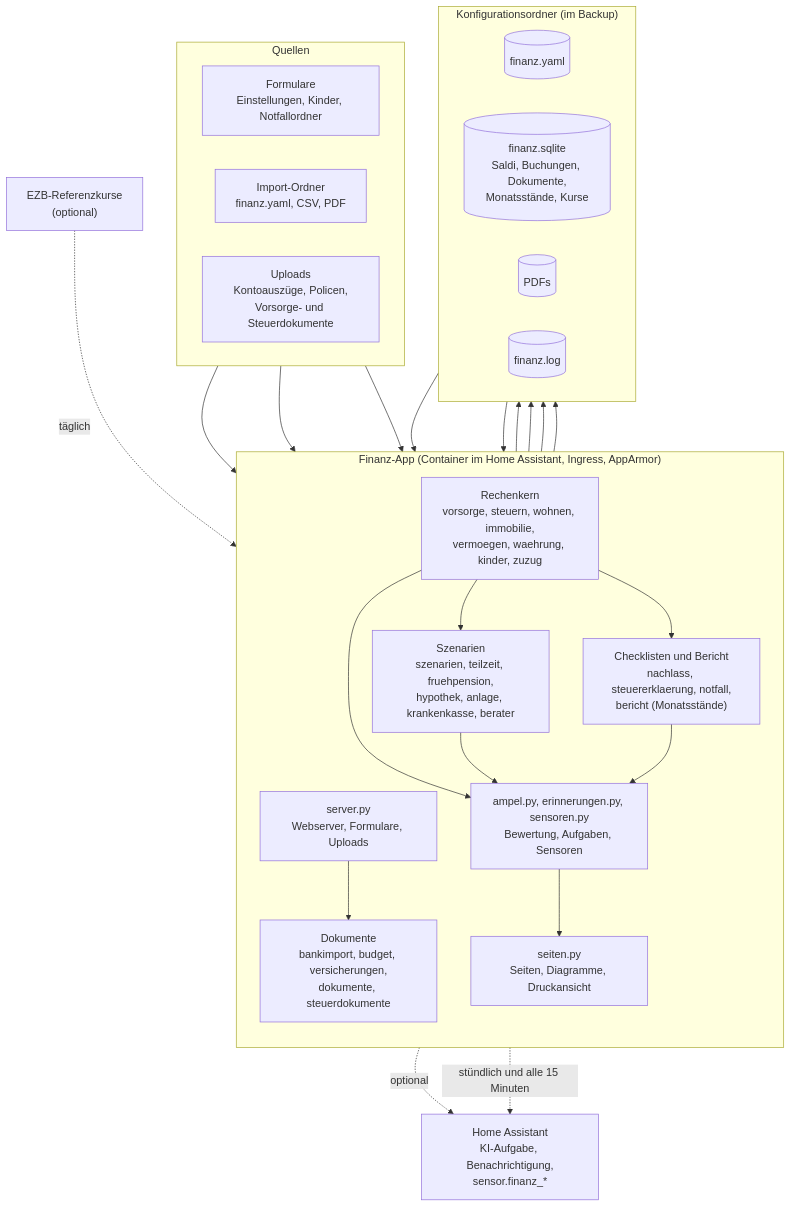
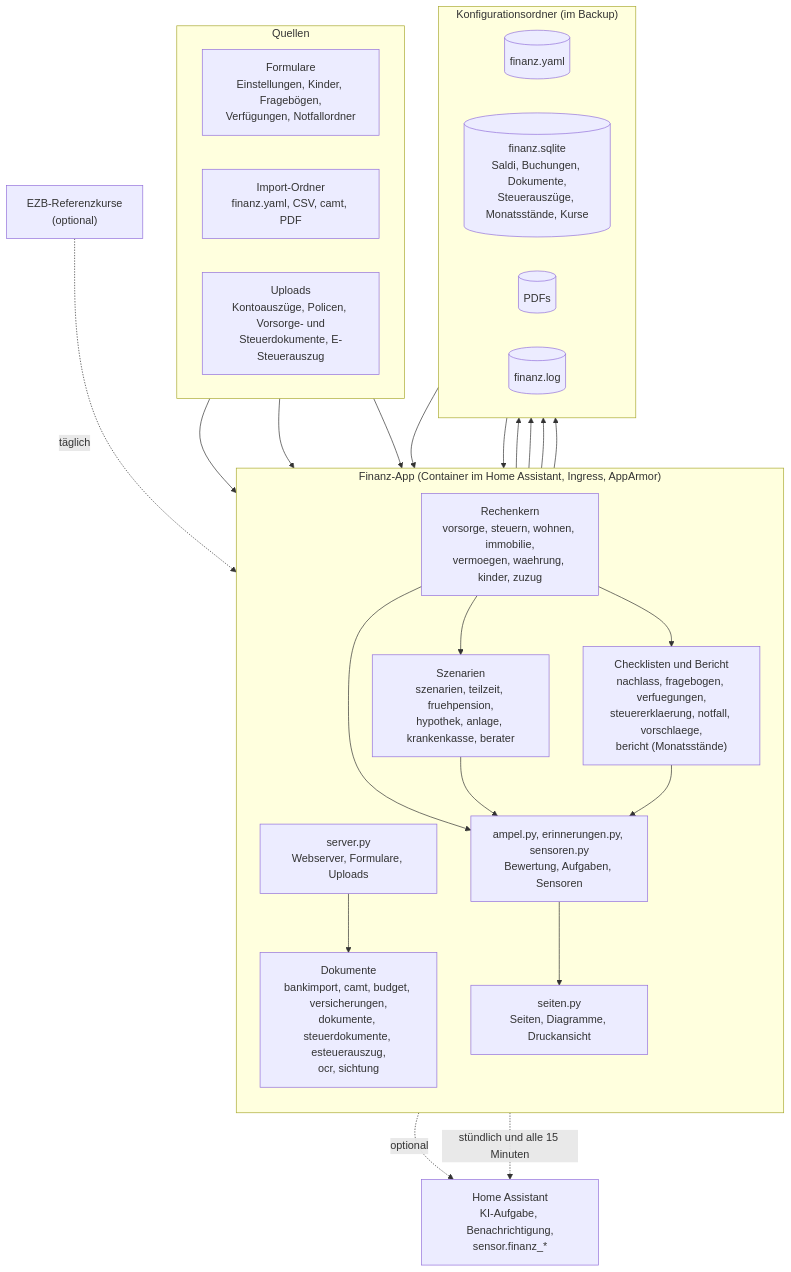
One commit to khu1985/finanz-ha changed the diagram in docs/architektur.mmd. Above: the diagram before and after it, drawn with Mermaid. The commit also changed 9 other files, not shown here.

```diff
--- a/docs/architektur.mmd
+++ b/docs/architektur.mmd
@@ -1,35 +1,35 @@
 flowchart TB
     subgraph Quellen
         direction LR
-        F["Formulare<br/>Einstellungen, Kinder, Notfallordner"]
-        I["Import-Ordner<br/>finanz.yaml, CSV, PDF"]
-        U["Uploads<br/>Kontoauszüge, Policen,<br/>Vorsorge- und Steuerdokumente"]
+        F["Formulare<br/>Einstellungen, Kinder, Fragebögen,<br/>Verfügungen, Notfallordner"]
+        I["Import-Ordner<br/>finanz.yaml, CSV, camt, PDF"]
+        U["Uploads<br/>Kontoauszüge, Policen, Vorsorge- und<br/>Steuerdokumente, E-Steuerauszug"]
     end
     subgraph App["Finanz-App (Container im Home Assistant, Ingress, AppArmor)"]
         direction TB
         S["server.py<br/>Webserver, Formulare, Uploads"]
-        D["Dokumente<br/>bankimport, budget, versicherungen,<br/>dokumente, steuerdokumente"]
+        D["Dokumente<br/>bankimport, camt, budget, versicherungen,<br/>dokumente, steuerdokumente, esteuerauszug,<br/>ocr, sichtung"]
         K["Rechenkern<br/>vorsorge, steuern, wohnen, immobilie,<br/>vermoegen, waehrung, kinder, zuzug"]
         Z["Szenarien<br/>szenarien, teilzeit, fruehpension,<br/>hypothek, anlage, krankenkasse, berater"]
-        C["Checklisten und Bericht<br/>nachlass, steuererklaerung, notfall,<br/>bericht (Monatsstände)"]
+        C["Checklisten und Bericht<br/>nachlass, fragebogen, verfuegungen,<br/>steuererklaerung, notfall, vorschlaege,<br/>bericht (Monatsstände)"]
         A["ampel.py, erinnerungen.py, sensoren.py<br/>Bewertung, Aufgaben, Sensoren"]
         SE["seiten.py<br/>Seiten, Diagramme, Druckansicht"]
     end
     subgraph Daten["Konfigurationsordner (im Backup)"]
         direction LR
         Y[("finanz.yaml")]
-        DB[("finanz.sqlite<br/>Saldi, Buchungen, Dokumente,<br/>Monatsstände, Kurse")]
+        DB[("finanz.sqlite<br/>Saldi, Buchungen, Dokumente,<br/>Steuerauszüge, Monatsstände, Kurse")]
         P[("PDFs")]
         L[("finanz.log")]
     end
     HA["Home Assistant<br/>KI-Aufgabe, Benachrichtigung,<br/>sensor.finanz_*"]
     F & I & U --> S
     S --> D --> DB & P
     S --> Y
     Y & DB --> K --> Z
     K --> C
     K & Z & C --> A --> SE
     Z -. optional .-> HA
     EZB["EZB-Referenzkurse<br/>(optional)"] -. täglich .-> K
     A -. stündlich und alle 15 Minuten .-> HA
     S --> L
```
